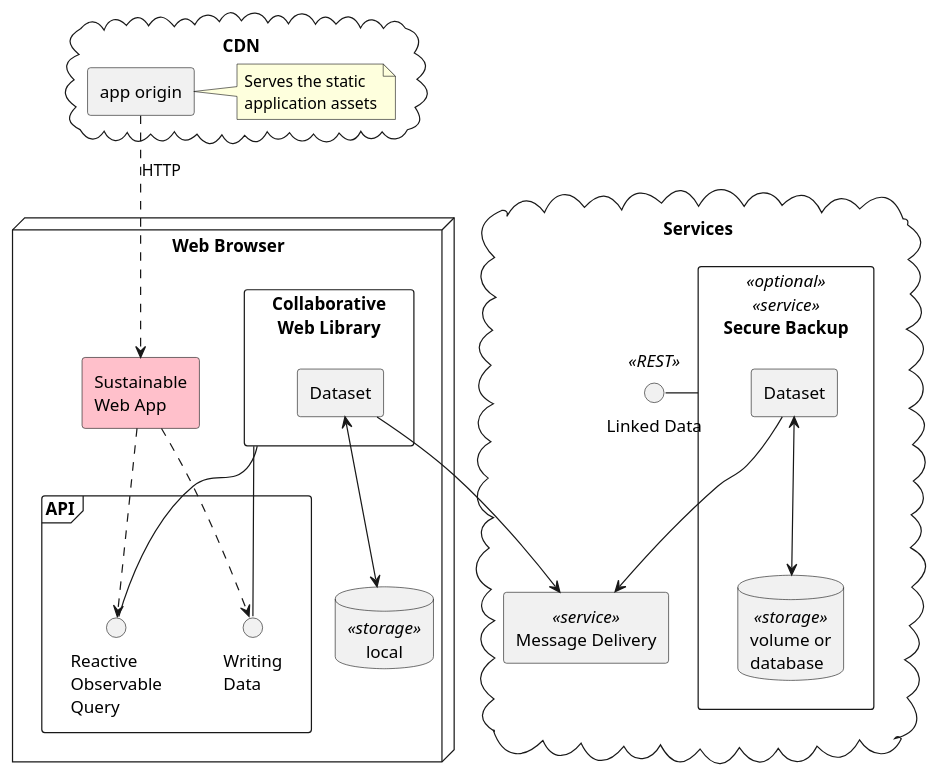
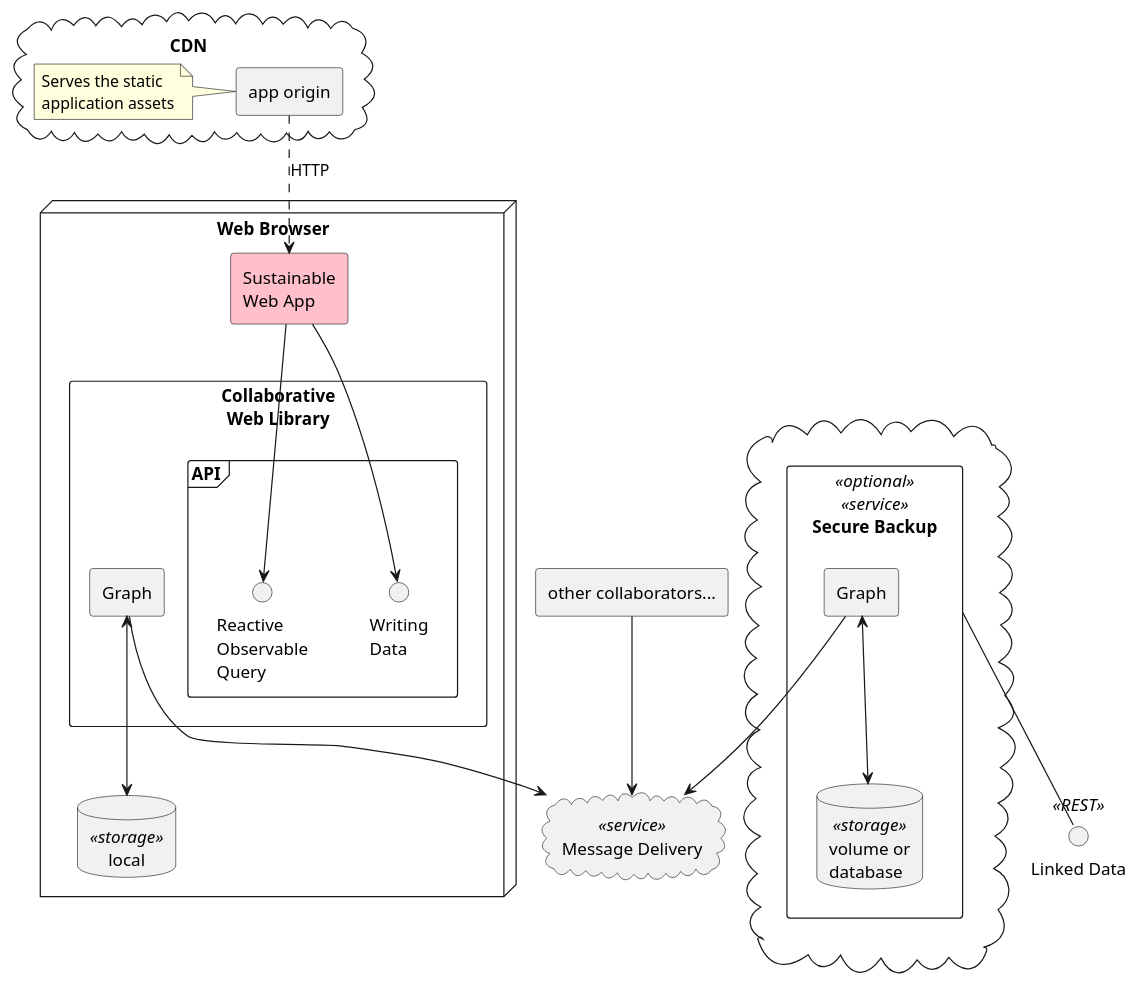
Before and after one commit to m-ld/sustainable-web-apps: the diagram in spec/design/architecture.component.puml, drawn with PlantUML. The commit also changed 7 other files, not shown here.

Commit message:
#1: Removal of "Dataset"; diagram refactoring

```diff
--- a/spec/design/architecture.component.puml
+++ b/spec/design/architecture.component.puml
@@ -1,50 +1,52 @@
 @startuml
 'https://plantuml.com/component-diagram
 skinparam componentStyle rectangle
 
 node "Web Browser" {
   component "Sustainable\nWeb App" as app #pink
   component "Collaborative\nWeb Library" as cwl {
-    [Dataset]
-  }
-  frame API {
-    interface "Reactive\nObservable\nQuery" as query
-    interface "Writing\nData" as data
+    [Graph]
+    frame API {
+      interface "Reactive\nObservable\nQuery" as query
+      interface "Writing\nData" as data
+    }
   }
 
   database local <<storage>>
 
-  Dataset <--> local
+  Graph <--> local
 
-  cwl -- query
-  cwl -- data
-
-  app ..> query
-  app ..> data
+  app --> query
+  app --> data
 }
 
 cloud CDN {
   [app origin] as origin
-  note right
+  note left
     Serves the static
     application assets
   end note
 }
 
-cloud Services {
-    component "Message Delivery" as messaging <<service>>
-    component "Secure Backup" as backup <<optional>> <<service>> {
-      component "Dataset" as gwDataset
-      database "volume or\ndatabase" <<storage>> as gwDb
-      gwDataset <--> gwDb
-    }
-  interface "Linked Data" as dapi <<REST>>
-  backup - dapi
+cloud "Message Delivery" as messaging <<service>>
+
+interface "Linked Data" as dapi <<REST>>
+
+cloud {
+  component "Secure Backup" as backup <<optional>> <<service>> {
+    component "Graph" as gwGraph
+    database "volume or\ndatabase" <<storage>> as gwDb
+    gwGraph <--> gwDb
+  }
+  backup -- dapi
 }
 
-Dataset --> messaging
-gwDataset --> messaging
+[other collaborators...] as others
+
+Graph --> messaging
+gwGraph --> messaging
+others --> messaging
 
 origin ..> app: HTTP
 
 @enduml
```
